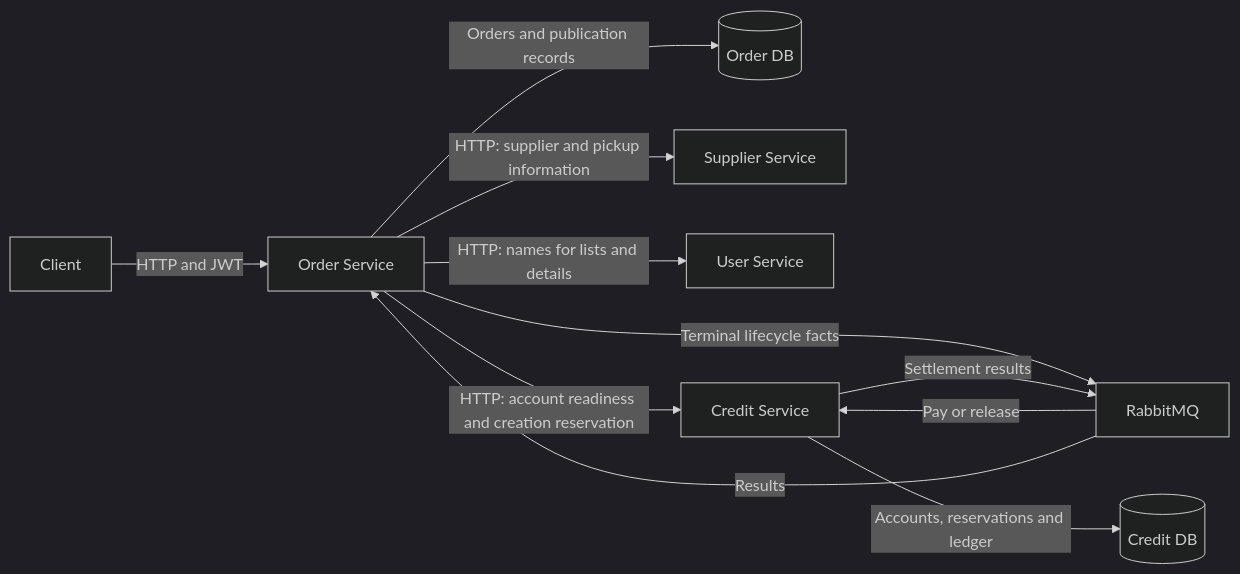
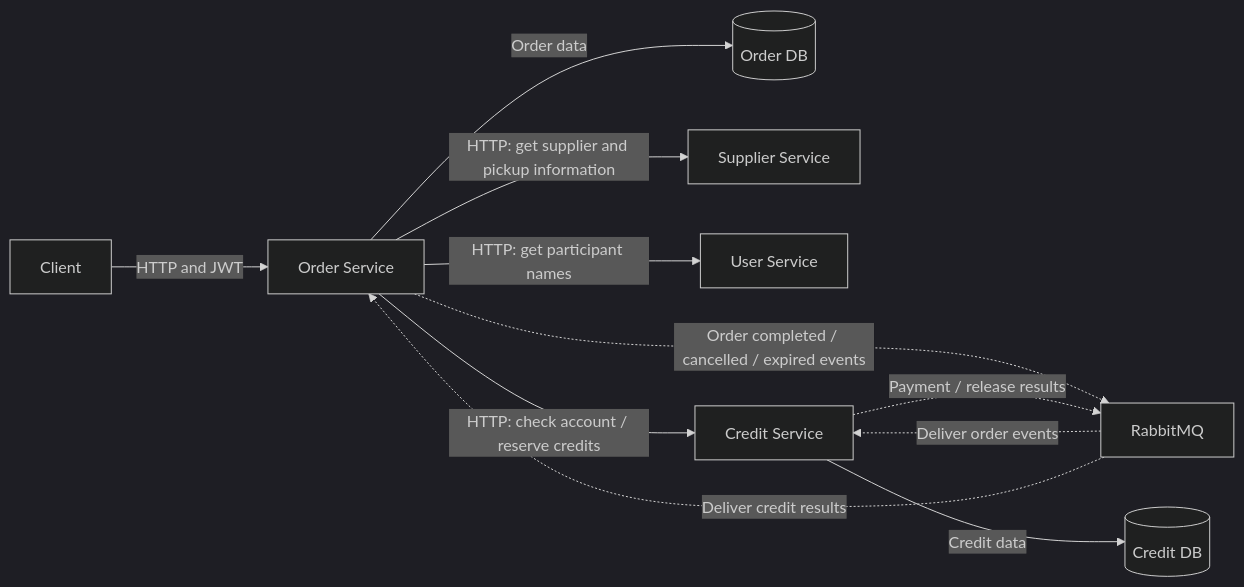
The first of 16 diagrams in order-service/README.md (AY2627S1-CS3219-P24/FoC), drawn with Mermaid (dark theme) before and after one commit. The commit also changed other lines of this file, not shown here.

````diff
--- a/order-service/README.md
+++ b/order-service/README.md
@@ -25,13 +25,13 @@
 ```mermaid
 flowchart LR
     Client[Client] -->|HTTP and JWT| Order[Order Service]
-    Order -->|Orders and publication records| OrderDB[(Order DB)]
-    Order -->|HTTP: supplier and pickup information| Supplier[Supplier Service]
-    Order -->|HTTP: names for lists and details| User[User Service]
-    Order -->|HTTP: account readiness and creation reservation| Credit[Credit Service]
-    Order -->|Terminal lifecycle facts| MQ[RabbitMQ]
-    MQ -->|Pay or release| Credit
-    Credit -->|Settlement results| MQ
-    MQ -->|Results| Order
-    Credit -->|Accounts, reservations and ledger| CreditDB[(Credit DB)]
+    Order -->|Order data| OrderDB[(Order DB)]
+    Order -->|HTTP: get supplier and pickup information| Supplier[Supplier Service]
+    Order -->|HTTP: get participant names| User[User Service]
+    Order -->|HTTP: check account / reserve credits| Credit[Credit Service]
+    Order -.->|Order completed / cancelled / expired events| MQ[RabbitMQ]
+    MQ -.->|Deliver order events| Credit
+    Credit -.->|Payment / release results| MQ
+    MQ -.->|Deliver credit results| Order
+    Credit -->|Credit data| CreditDB[(Credit DB)]
 ```
````
